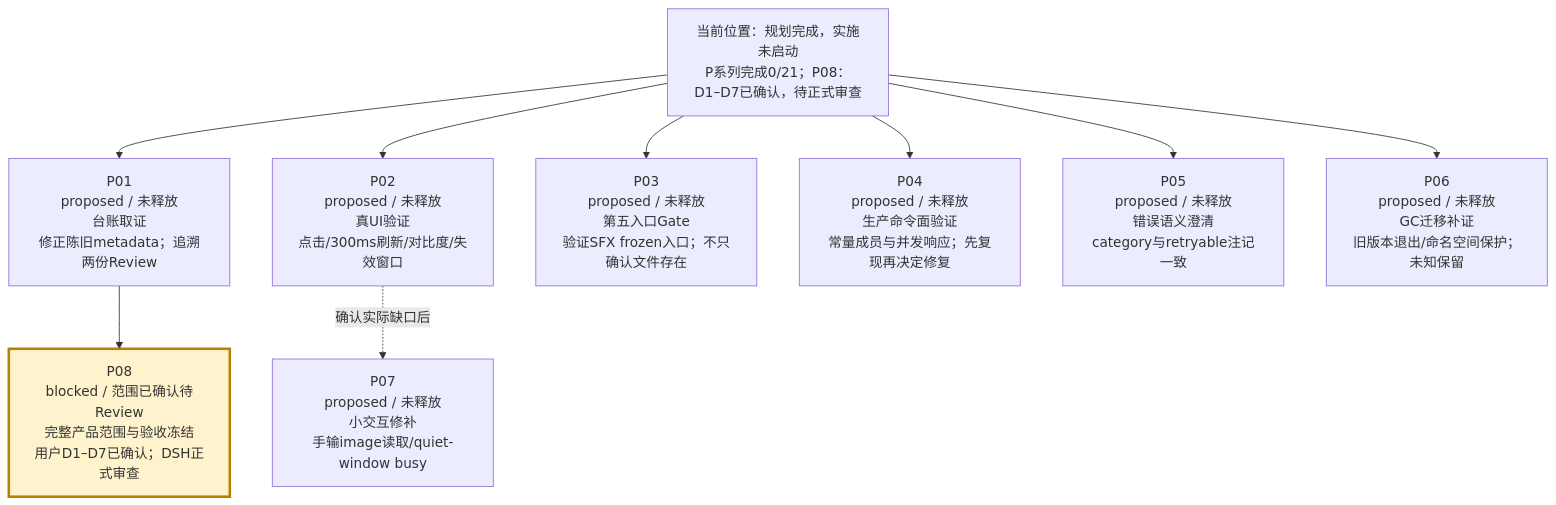
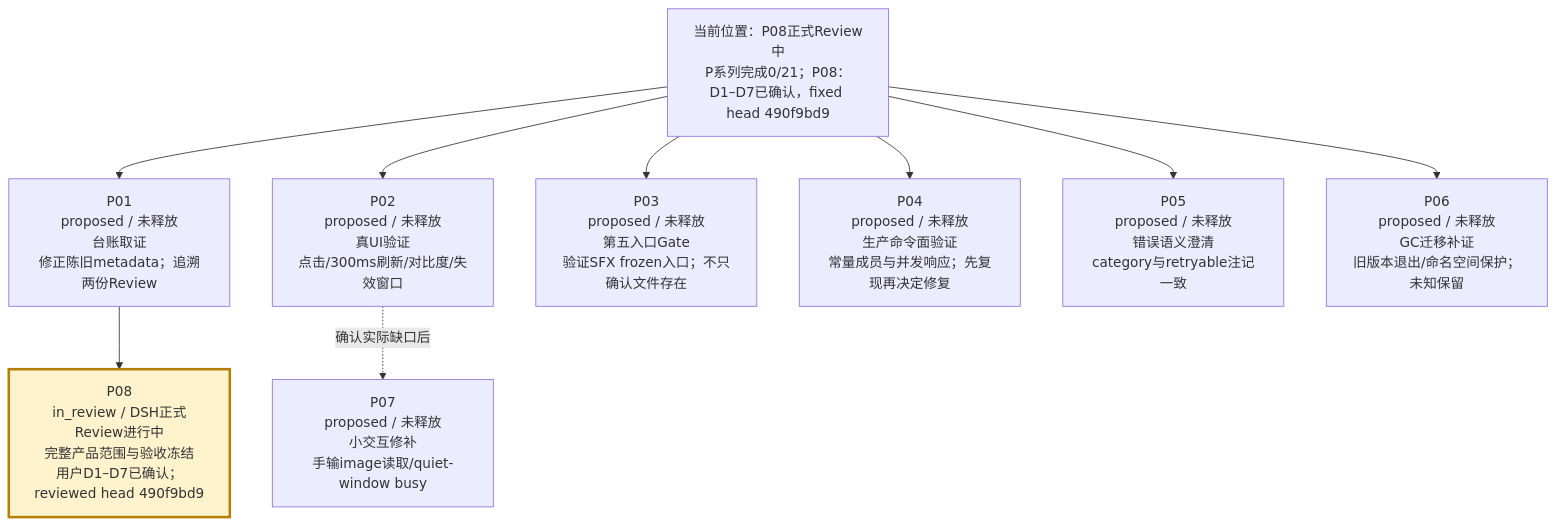
One commit to peakwheat-pixel/New-Manga changed the second of 4 diagrams in verification/PROJECT-ROADMAP-20261008/ROADMAP.md. Above: the diagram before and after it, drawn with Mermaid. The commit also changed other lines of this file and 12 other files, not shown here.

````diff
--- a/verification/PROJECT-ROADMAP-20261008/ROADMAP.md
+++ b/verification/PROJECT-ROADMAP-20261008/ROADMAP.md
@@ -30,12 +30,12 @@
 ```mermaid
 flowchart TB
-  BASE["当前位置：规划完成，实施未启动<br/>P系列完成0/21；P08：D1–D7已确认，待正式审查"] --> P01["P01<br/>proposed / 未释放<br/>台账取证<br/>修正陈旧metadata；追溯两份Review"]
+  BASE["当前位置：P08正式Review中<br/>P系列完成0/21；P08：D1–D7已确认，fixed head 490f9bd9"] --> P01["P01<br/>proposed / 未释放<br/>台账取证<br/>修正陈旧metadata；追溯两份Review"]
   BASE --> P02["P02<br/>proposed / 未释放<br/>真UI验证<br/>点击/300ms刷新/对比度/失效窗口"]
   BASE --> P03["P03<br/>proposed / 未释放<br/>第五入口Gate<br/>验证SFX frozen入口；不只确认文件存在"]
   BASE --> P04["P04<br/>proposed / 未释放<br/>生产命令面验证<br/>常量成员与并发响应；先复现再决定修复"]
   BASE --> P05["P05<br/>proposed / 未释放<br/>错误语义澄清<br/>category与retryable注记一致"]
   BASE --> P06["P06<br/>proposed / 未释放<br/>GC迁移补证<br/>旧版本退出/命名空间保护；未知保留"]
   P02 -. "确认实际缺口后" .-> P07["P07<br/>proposed / 未释放<br/>小交互修补<br/>手输image读取/quiet-window busy"]
-  P01 --> P08["P08<br/>blocked / 范围已确认待Review<br/>完整产品范围与验收冻结<br/>用户D1–D7已确认；DSH正式审查"]
+  P01 --> P08["P08<br/>in_review / DSH正式Review进行中<br/>完整产品范围与验收冻结<br/>用户D1–D7已确认；reviewed head 490f9bd9"]
   style P08 fill:#fff3cd,stroke:#b58105,stroke-width:3px
 ```
````
